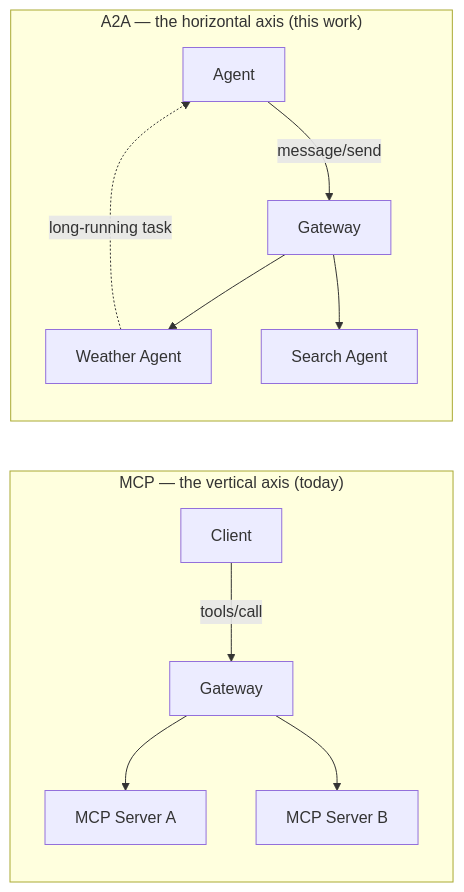
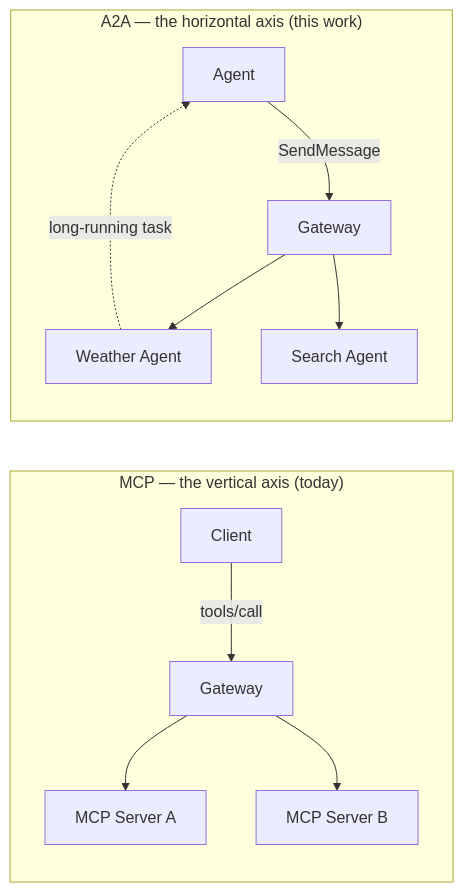
The first of 5 diagrams in README.md (Aman-Cool/A2A-Agent2Agent-protocol), drawn with Mermaid before and after one commit. The commit also changed other lines of this file, not shown here.

````diff
--- a/README.md
+++ b/README.md
@@ -24,14 +24,14 @@
 ```mermaid
 flowchart LR
     subgraph vertical["MCP — the vertical axis (today)"]
         C1[Client] -->|tools/call| G1[Gateway]
         G1 --> S1[MCP Server A]
         G1 --> S2[MCP Server B]
     end
     subgraph horizontal["A2A — the horizontal axis (this work)"]
-        A1[Agent] -->|message/send| G2[Gateway]
+        A1[Agent] -->|SendMessage| G2[Gateway]
         G2 --> A2[Weather Agent]
         G2 --> A3[Search Agent]
         A2 -.long-running task.-> A1
     end
 ```
````
